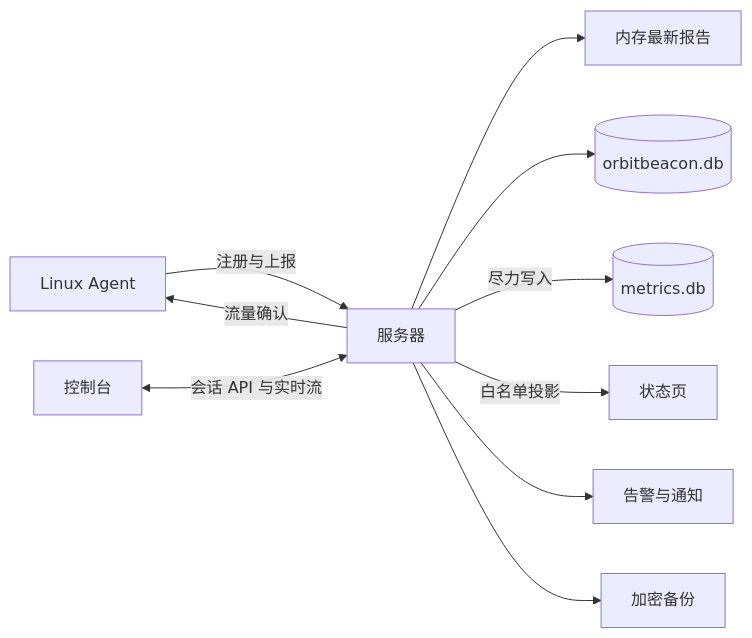
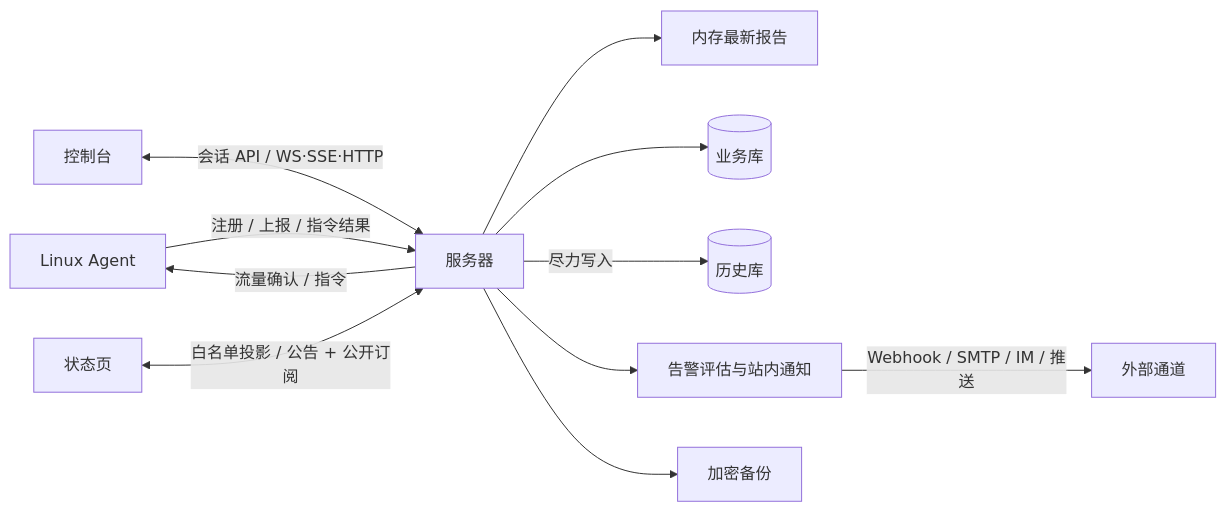
Before and after one commit to MR-MonkeyRay/orbit-beacon: the first of 3 diagrams in docs/architecture.md, drawn with Mermaid. The commit also changed other lines of this file and 6 other files, not shown here.

````diff
--- a/docs/architecture.md
+++ b/docs/architecture.md
@@ -7,12 +7,13 @@
 ```mermaid
 flowchart LR
-    A[Linux Agent] -->|注册与上报| S[服务器]
-    S -->|流量确认| A
+    A[Linux Agent] -->|注册 / 上报 / 指令结果| S[服务器]
+    S -->|流量确认 / 指令| A
     S --> M[内存最新报告]
-    S --> D[(orbitbeacon.db)]
-    S -->|尽力写入| H[(metrics.db)]
-    C[控制台] <-->|会话 API 与实时流| S
-    S -->|白名单投影| P[状态页]
-    S --> N[告警与通知]
-    S --> B[加密备份]
+    S --> B[(业务库)]
+    S -->|尽力写入| H[(历史库)]
+    C[控制台] <-->|会话 API / WS·SSE·HTTP| S
+    P[状态页] <-->|白名单投影 / 公告 + 公开订阅| S
+    S --> N[告警评估与站内通知]
+    N -->|Webhook / SMTP / IM / 推送| X[外部通道]
+    S --> K[加密备份]
 ```
````
